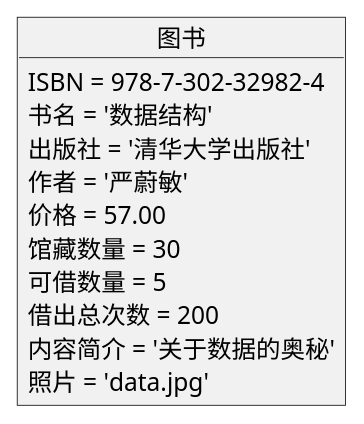
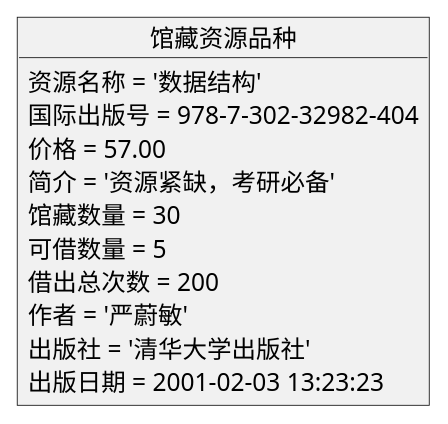
Before and after one commit to Landy7/is_analysis: the diagram in test3/object4.md, drawn with PlantUML. The commit also changed 15 other files, not shown here.

```diff
--- a/test3/object4.md
+++ b/test3/object4.md
@@ -1,16 +1,16 @@
 @startuml
 
-object 图书{
-    ISBN = 978-7-302-32982-4
-    书名 = '数据结构'
-    出版社 = '清华大学出版社'
-    作者 = '严蔚敏'
+object 馆藏资源品种{
+    资源名称 = '数据结构'
+    国际出版号 = 978-7-302-32982-404
     价格 = 57.00
+    简介 = '资源紧缺，考研必备'
     馆藏数量 = 30
     可借数量 = 5
     借出总次数 = 200
-    内容简介 = '关于数据的奥秘'
-    照片 = 'data.jpg'
+    作者 = '严蔚敏'
+    出版社 = '清华大学出版社'
+    出版日期 = 2001-02-03 13:23:23
 }
 
 @enduml
```
